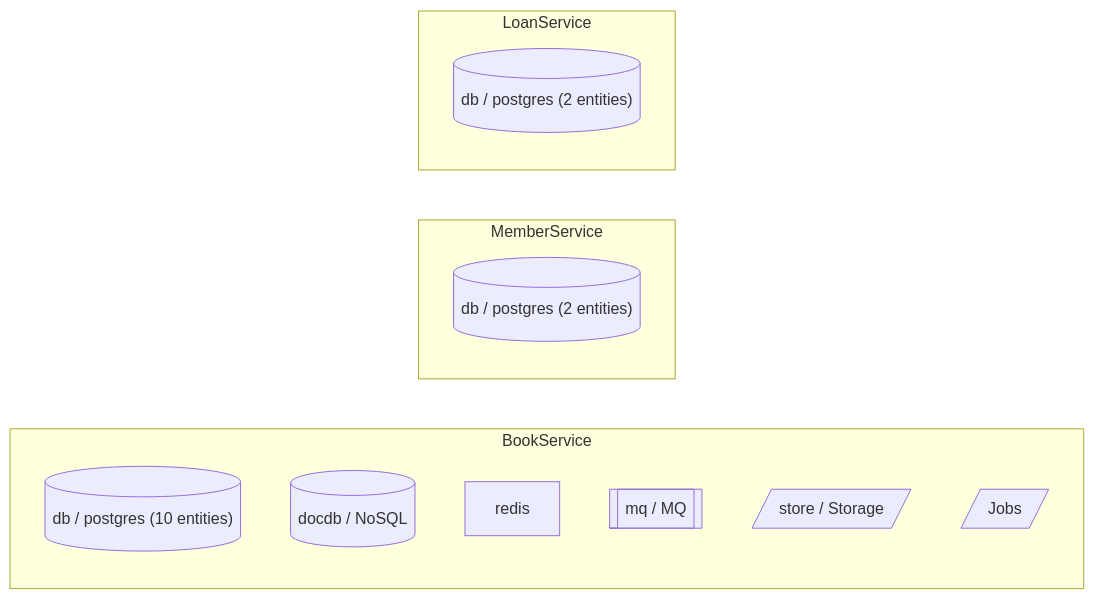
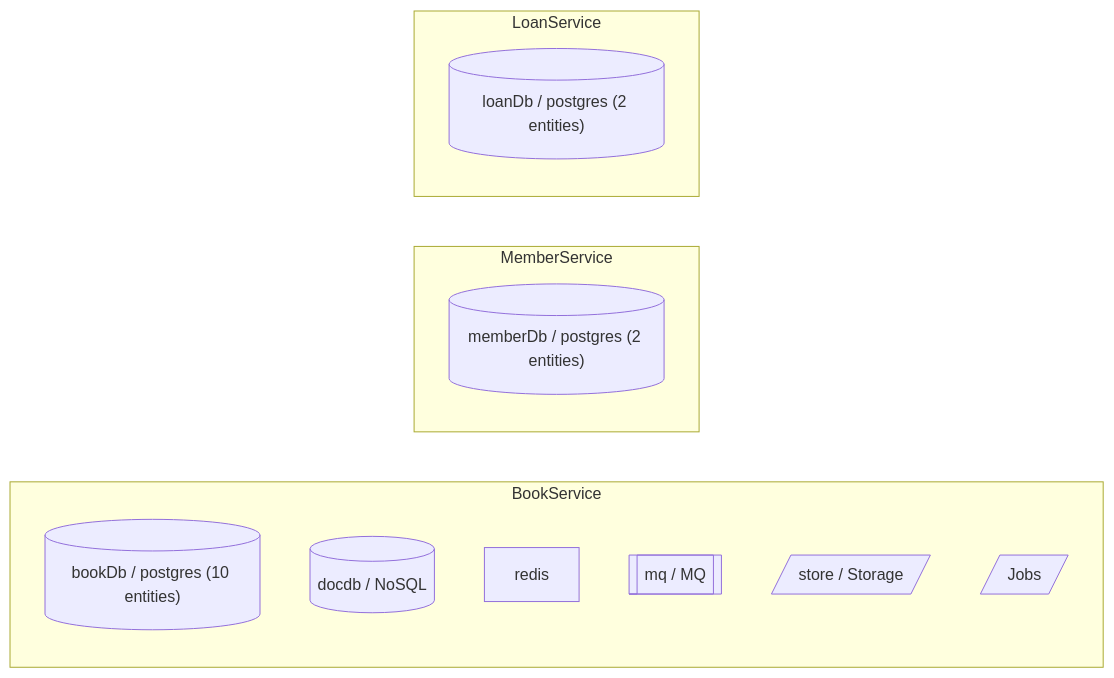
One commit to keturk/datrix changed the diagram in examples/01-tutorial/27-advanced-features/docs/diagrams/infrastructure.md. Above: the diagram before and after it, drawn with Mermaid. The commit also changed 158 other files, not shown here.

First line of the commit message:
Examples: name RDBMS blocks and align diagrams/docs with multi-datasource style

````diff
--- a/examples/01-tutorial/27-advanced-features/docs/diagrams/infrastructure.md
+++ b/examples/01-tutorial/27-advanced-features/docs/diagrams/infrastructure.md
@@ -3,17 +3,17 @@
 ```mermaid
 graph LR
     subgraph "BookService"
-    book_service_rdbms_db[("db / postgres (10 entities)")]
+    book_service_rdbms_book_db[("bookDb / postgres (10 entities)")]
     book_service_nosql_docdb[("docdb / NoSQL")]
     book_service_cache["redis"]
     book_service_mq_mq[["mq / MQ"]]
     book_service_storage_store[/"store / Storage"/]
     book_service_jobs[/"Jobs"/]
     end
     subgraph "MemberService"
-    member_service_rdbms_db[("db / postgres (2 entities)")]
+    member_service_rdbms_member_db[("memberDb / postgres (2 entities)")]
     end
     subgraph "LoanService"
-    loan_service_rdbms_db[("db / postgres (2 entities)")]
+    loan_service_rdbms_loan_db[("loanDb / postgres (2 entities)")]
     end
 ```
````
